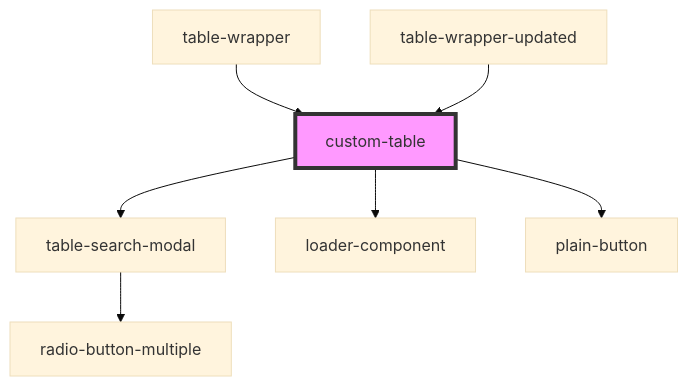
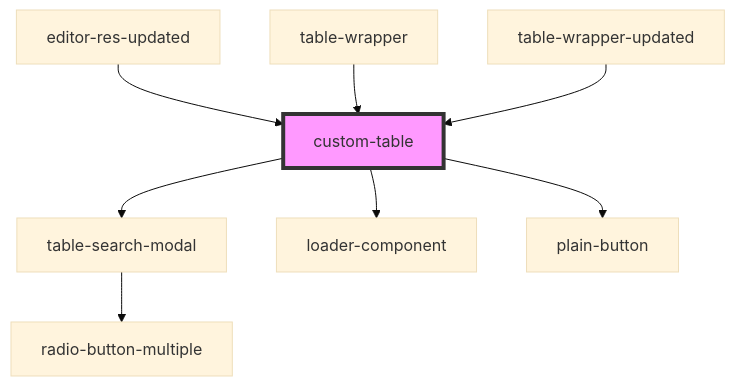
The diagram in src/components/custom-table/readme.md (techvariable/NeptuneConnectComponents), drawn with Mermaid (base theme) before and after one commit. The commit also changed other lines of this file and 10 other files, not shown here.

````diff
--- a/src/components/custom-table/readme.md
+++ b/src/components/custom-table/readme.md
@@ -42,10 +43,11 @@
 ```mermaid
 graph TD;
   custom-table --> table-search-modal
   custom-table --> loader-component
   custom-table --> plain-button
   table-search-modal --> radio-button-multiple
+  editor-res-updated --> custom-table
   table-wrapper --> custom-table
   table-wrapper-updated --> custom-table
   style custom-table fill:#f9f,stroke:#333,stroke-width:4px
 ```
````
